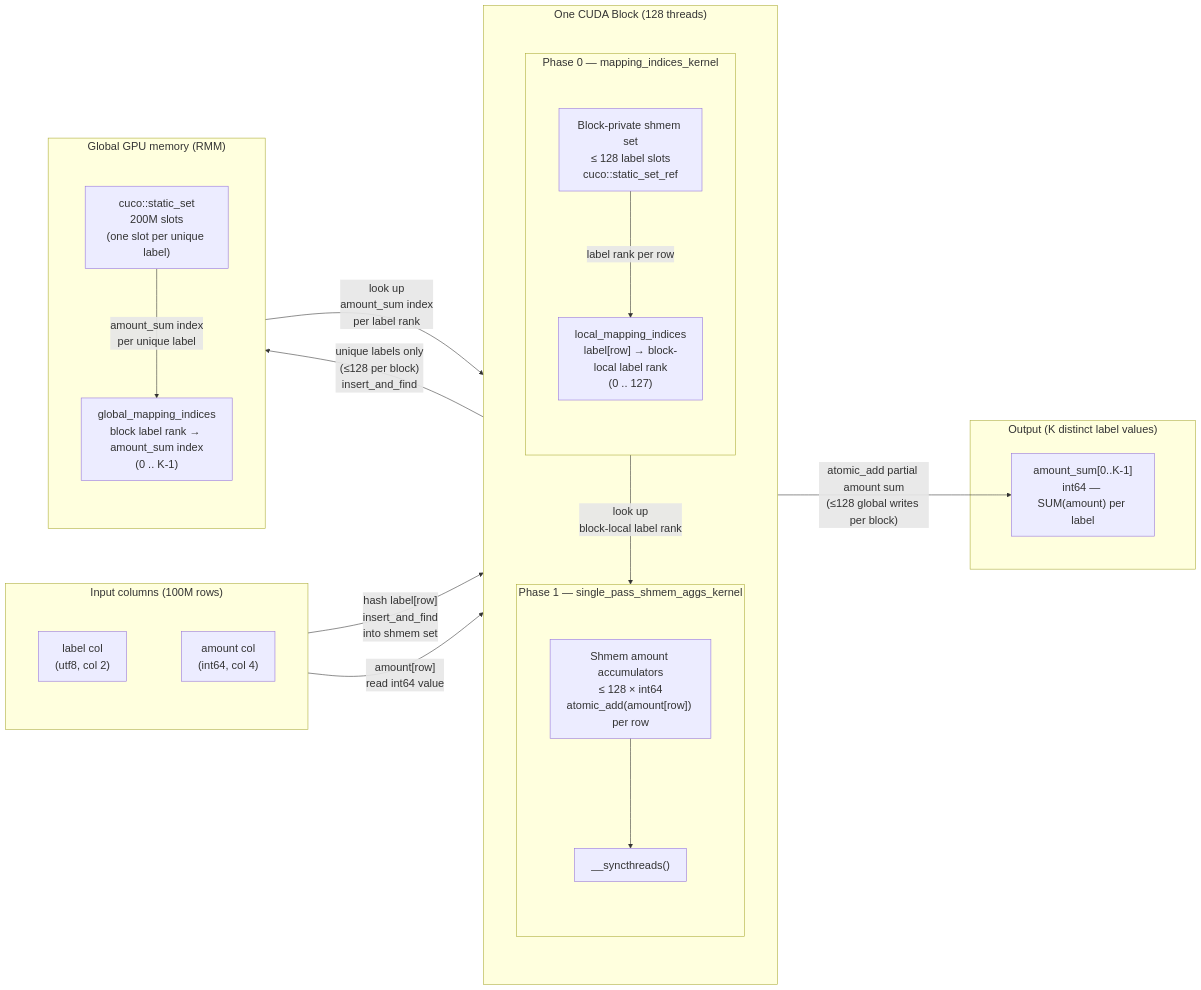
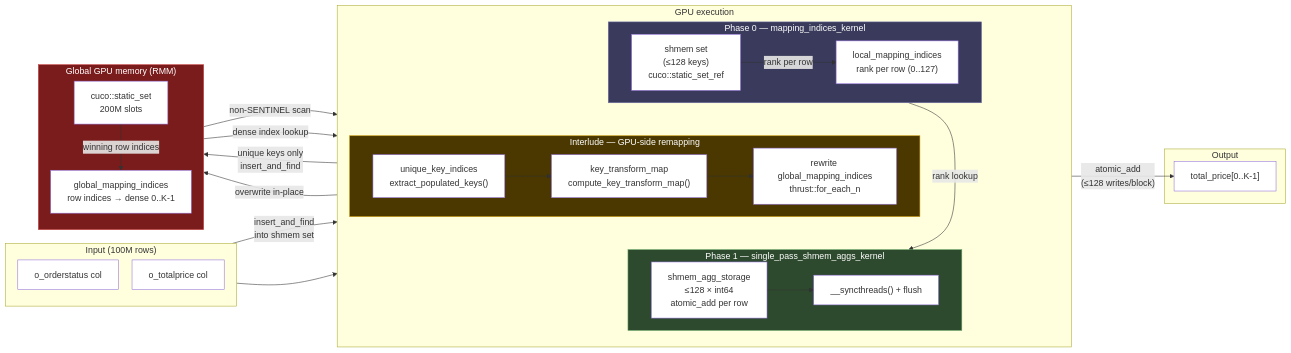
One commit to jazracherif/libcudf_tutorial changed the diagram in docs/groupby/groupby_sum_1_algorithm_overview.md. Above: the diagram before and after it, drawn with Mermaid. The commit also changed other lines of this file and 3 other files, not shown here.

Commit message:
docs: groupby algorithm overview — interlude, diagram, and corrections

````diff
--- a/docs/groupby/groupby_sum_1_algorithm_overview.md
+++ b/docs/groupby/groupby_sum_1_algorithm_overview.md
@@ -107,44 +281,60 @@
 ```mermaid
-%%{init: {'theme': 'default', 'themeVariables': {'fontSize': '20px'}, 'flowchart': {'useMaxWidth': false, 'nodeSpacing': 100, 'rankSpacing': 150}}}%%
+%%{init: {'theme': 'default', 'themeVariables': {'background': '#ffffff', 'mainBkg': '#ffffff'}, 'flowchart': {'useMaxWidth': true, 'nodeSpacing': 25, 'rankSpacing': 35}}}%%
 flowchart LR
-    subgraph INPUT["Input columns (100M rows)"]
+    subgraph INPUT["Input (100M rows)"]
         direction TB
-        LC["label col\n(utf8, col 2)"]
-        AC["amount col\n(int64, col 4)"]
+        LC["o_orderstatus col"]
+        AC["o_totalprice col"]
     end
 
-    subgraph BLOCK["One CUDA Block (128 threads)"]
+    subgraph BLOCK["GPU execution"]
         direction TB
         subgraph P0["Phase 0 — mapping_indices_kernel"]
-            direction TB
-            SHM["Block-private shmem set\n≤ 128 label slots\ncuco::static_set_ref"]
-            LMI["local_mapping_indices\nlabel[row] → block-local label rank\n(0 .. 127)"]
-            SHM -->|"label rank per row"| LMI
+            direction LR
+            SHM["shmem set<br/>(≤128 keys)<br/>cuco::static_set_ref"]
+            LMI["local_mapping_indices<br/>rank per row (0..127)"]
+            SHM -->|"rank per row"| LMI
+        end
+        subgraph INTERLUDE["Interlude — GPU-side remapping"]
+            direction LR
+            UKI["unique_key_indices<br/>extract_populated_keys()"]
+            KTM["key_transform_map<br/>compute_key_transform_map()"]
+            REMAP["rewrite global_mapping_indices<br/>thrust::for_each_n"]
+            UKI --> KTM --> REMAP
         end
         subgraph P1["Phase 1 — single_pass_shmem_aggs_kernel"]
-            direction TB
-            SACC["Shmem amount accumulators\n≤ 128 × int64\natomic_add(amount[row]) per row"]
-            SYNC["__syncthreads()"]
+            direction LR
+            SACC["shmem_agg_storage<br/>≤128 × int64<br/>atomic_add per row"]
+            SYNC["__syncthreads() + flush"]
             SACC --> SYNC
         end
+        LMI ~~~ UKI
+        REMAP ~~~ SACC
     end
 
     subgraph GLOBAL["Global GPU memory (RMM)"]
         direction TB
-        GS["cuco::static_set\n200M slots\n(one slot per unique label)"]
-        GMI["global_mapping_indices\nblock label rank → amount_sum index\n(0 .. K-1)"]
+        GS["cuco::static_set<br/>200M slots"]
+        GMI["global_mapping_indices<br/>row indices → dense 0..K-1"]
     end
 
-    subgraph OUTPUT["Output (K distinct label values)"]
-        OUTCOL["amount_sum[0..K-1]\nint64 — SUM(amount) per label"]
+    subgraph OUTPUT["Output"]
+        OUTCOL["total_price[0..K-1]"]
     end
 
-    LC -->|"hash label[row]\ninsert_and_find\ninto shmem set"| SHM
-    SHM -->|"unique labels only\n(≤128 per block)\ninsert_and_find"| GS
-    GS -->|"amount_sum index\nper unique label"| GMI
+    LC -->|"insert_and_find<br/>into shmem set"| SHM
+    SHM -->|"unique keys only<br/>insert_and_find"| GS
+    GS -->|"winning row indices"| GMI
+    GMI -->|"non-SENTINEL scan"| UKI
+    REMAP -->|"overwrite in-place"| GMI
 
-    AC -->|"amount[row]\nread int64 value"| SACC
-    LMI -->|"look up\nblock-local label rank"| SACC
-    GMI -->|"look up\namount_sum index\nper label rank"| SYNC
-    SYNC -->|"atomic_add partial amount sum\n(≤128 global writes per block)"| OUTCOL
+    AC --> SACC
+    LMI -->|"rank lookup"| SACC
+    GMI -->|"dense index lookup"| SYNC
+    SYNC -->|"atomic_add<br/>(≤128 writes/block)"| OUTCOL
+
+    style P0 fill:#3a3a5c,stroke:#7070aa,color:#ffffff
+    style P1 fill:#2e4a2e,stroke:#6aaa6a,color:#ffffff
+    style GLOBAL fill:#7a1c1c,stroke:#cc4444,color:#ffffff
+    style INTERLUDE fill:#4a3800,stroke:#cc9900,color:#ffffff
 ```
````
